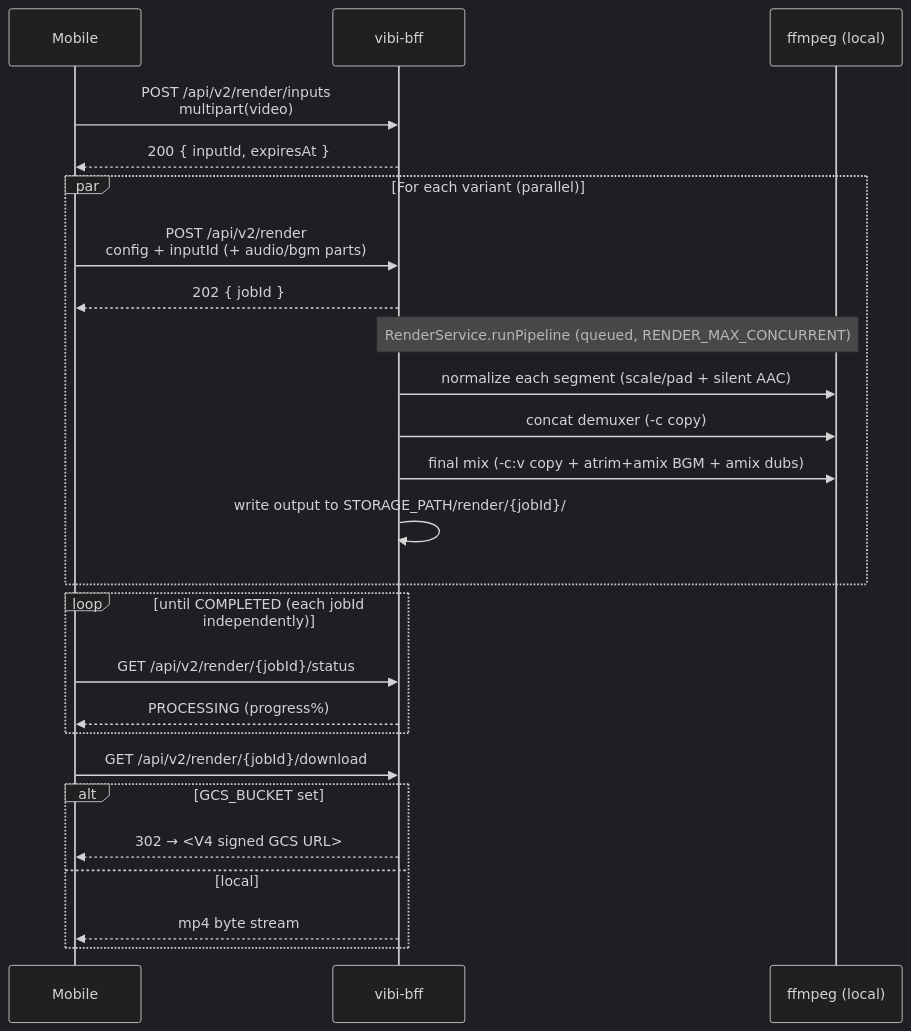
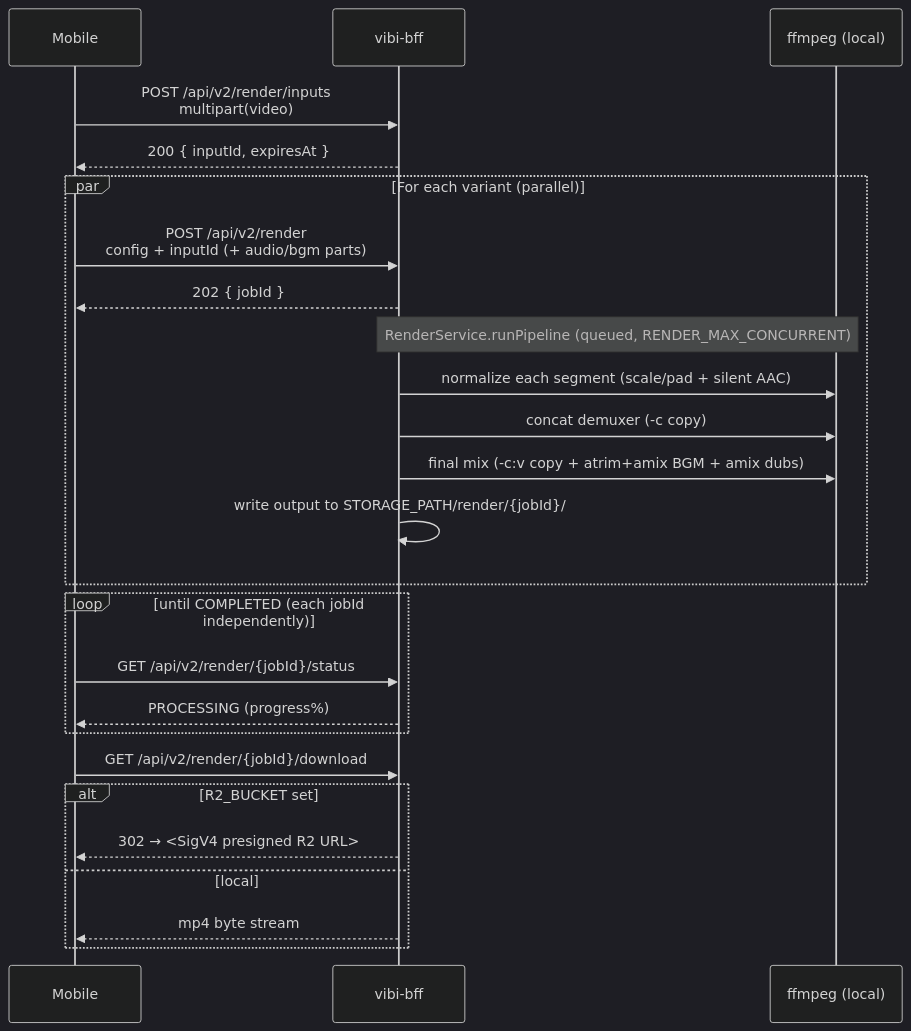
The second of 2 diagrams in docs/explanation/pipelines.md (perso-devrel/vibi-landing), drawn with Mermaid (dark theme) before and after one commit. The commit also changed other lines of this file and 5 other files, not shown here.

````diff
--- a/docs/explanation/pipelines.md
+++ b/docs/explanation/pipelines.md
@@ -99,30 +99,30 @@
 ```mermaid
 sequenceDiagram
     participant M as Mobile
     participant B as vibi-bff
     participant F as ffmpeg (local)
 
     M->>B: POST /api/v2/render/inputs<br/>multipart(video)
     B-->>M: 200 { inputId, expiresAt }
 
     par For each variant (parallel)
         M->>B: POST /api/v2/render<br/>config + inputId (+ audio/bgm parts)
         B-->>M: 202 { jobId }
         Note over B,F: RenderService.runPipeline (queued, RENDER_MAX_CONCURRENT)
         B->>F: normalize each segment (scale/pad + silent AAC)
         B->>F: concat demuxer (-c copy)
         B->>F: final mix (-c:v copy + atrim+amix BGM + amix dubs)
         B->>B: write output to STORAGE_PATH/render/{jobId}/
     end
 
     loop until COMPLETED (each jobId independently)
         M->>B: GET /api/v2/render/{jobId}/status
         B-->>M: PROCESSING (progress%)
     end
     M->>B: GET /api/v2/render/{jobId}/download
-    alt GCS_BUCKET set
-        B-->>M: 302 → <V4 signed GCS URL>
+    alt R2_BUCKET set
+        B-->>M: 302 → <SigV4 presigned R2 URL>
     else local
         B-->>M: mp4 byte stream
     end
 ```
````
